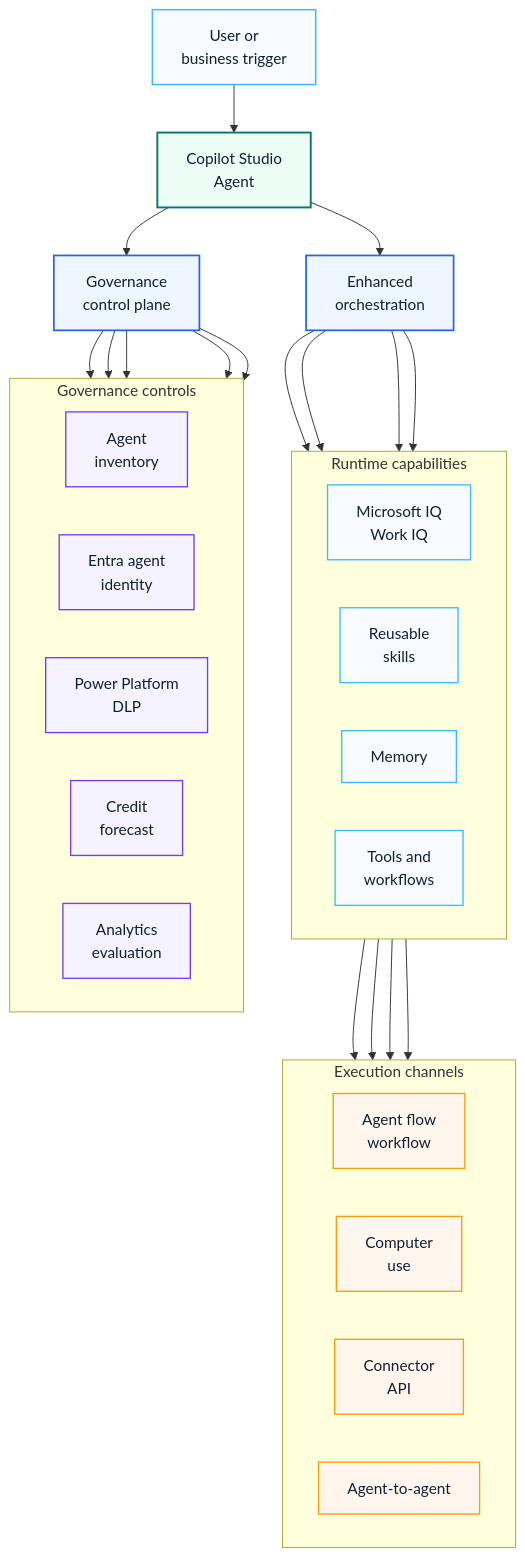
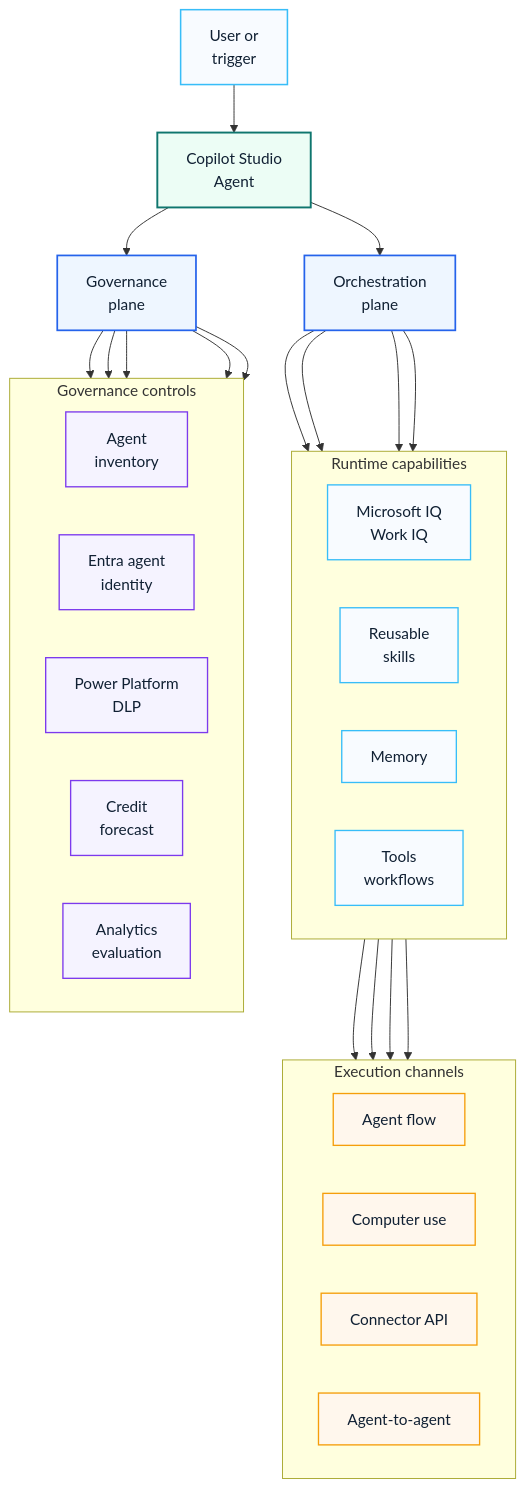
The diagram in docs/copilot/copilot-studio-2026-platform-update.md (Eric841001/Eric841001.github.io), drawn with Mermaid before and after one commit. The commit also changed other lines of this file and 5 other files, not shown here.

Commit message:
Add GPT-5.6 Copilot update and improve diagrams

````diff
--- a/docs/copilot/copilot-studio-2026-platform-update.md
+++ b/docs/copilot/copilot-studio-2026-platform-update.md
@@ -55,53 +57,53 @@
 ```mermaid
 flowchart TB
-  User["User or<br/>business trigger"]:::entry --> Agent["Copilot Studio<br/>Agent"]:::core
+  User["User or<br/>trigger"]:::entry --> Agent["Copilot Studio<br/>Agent"]:::core
 
-  Agent --> Orchestration["Enhanced<br/>orchestration"]:::plane
-  Agent --> Governance["Governance<br/>control plane"]:::plane
+  Agent --> Orchestration["Orchestration<br/>plane"]:::plane
+  Agent --> Governance["Governance<br/>plane"]:::plane
 
   subgraph Runtime["Runtime capabilities"]
     direction LR
     IQ["Microsoft IQ<br/>Work IQ"]:::runtime
     Skills["Reusable<br/>skills"]:::runtime
     Memory["Memory"]:::runtime
-    Tools["Tools and<br/>workflows"]:::runtime
+    Tools["Tools<br/>workflows"]:::runtime
   end
 
   subgraph Execution["Execution channels"]
     direction LR
-    Flow["Agent flow<br/>workflow"]:::exec
-    Computer["Computer<br/>use"]:::exec
-    Connector["Connector<br/>API"]:::exec
+    Flow["Agent flow"]:::exec
+    Computer["Computer use"]:::exec
+    Connector["Connector API"]:::exec
     A2A["Agent-to-agent"]:::exec
   end
 
   subgraph Controls["Governance controls"]
     direction LR
     Inventory["Agent<br/>inventory"]:::control
     Identity["Entra agent<br/>identity"]:::control
     DLP["Power Platform<br/>DLP"]:::control
     Credits["Credit<br/>forecast"]:::control
     Analytics["Analytics<br/>evaluation"]:::control
   end
 
   Orchestration --> IQ
   Orchestration --> Skills
   Orchestration --> Memory
   Orchestration --> Tools
   Tools --> Flow
   Tools --> Computer
   Tools --> Connector
   Tools --> A2A
   Governance --> Inventory
   Governance --> Identity
   Governance --> DLP
   Governance --> Credits
   Governance --> Analytics
 
   classDef entry fill:#f8fbff,stroke:#38bdf8,color:#102033,stroke-width:1.6px
   classDef core fill:#ecfdf5,stroke:#0f766e,color:#102033,stroke-width:2px
   classDef plane fill:#eef6ff,stroke:#2563eb,color:#102033,stroke-width:1.8px
   classDef runtime fill:#f8fbff,stroke:#38bdf8,color:#102033,stroke-width:1.4px
   classDef exec fill:#fff7ed,stroke:#f59e0b,color:#102033,stroke-width:1.4px
   classDef control fill:#f5f3ff,stroke:#7c3aed,color:#102033,stroke-width:1.4px
 ```
````
